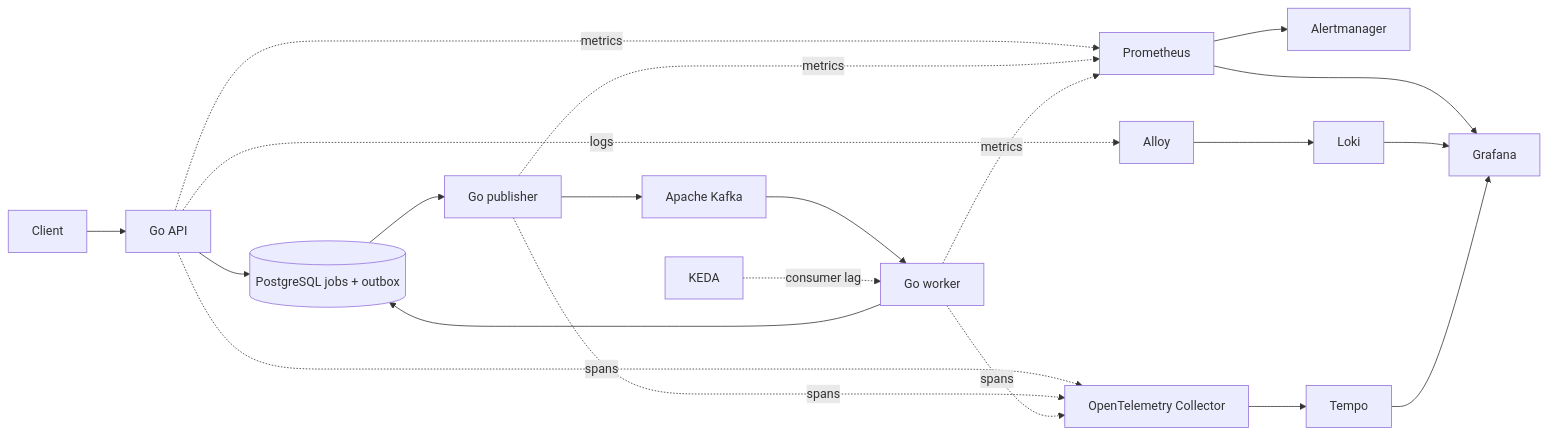
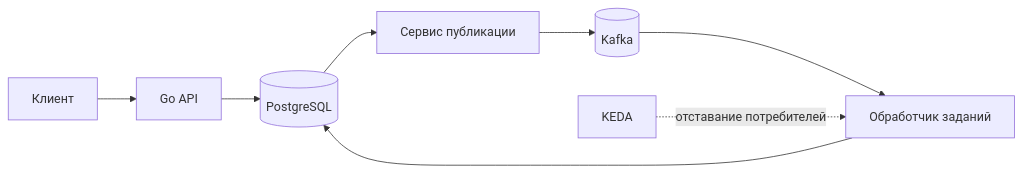
One commit to Spudifull/kubernetes-application-lab changed the diagram in README.md. Above: the diagram before and after it, drawn with Mermaid. The commit also changed other lines of this file and 6 other files, not shown here.

````diff
--- a/README.md
+++ b/README.md
@@ -11,23 +9,10 @@
 ```mermaid
 flowchart LR
-  Client --> API[Go API]
-  API --> DB[(PostgreSQL jobs + outbox)]
-  DB --> Publisher[Go publisher]
-  Publisher --> Kafka[Apache Kafka]
-  Kafka --> Worker[Go worker]
+  Client[Клиент] --> API[Go API]
+  API --> DB[(PostgreSQL)]
+  DB --> Outbox[Сервис публикации]
+  Outbox --> Kafka[(Kafka)]
+  Kafka --> Worker[Обработчик заданий]
   Worker --> DB
-  KEDA -. consumer lag .-> Worker
-  API -. metrics .-> Prometheus
-  Publisher -. metrics .-> Prometheus
-  Worker -. metrics .-> Prometheus
-  Prometheus --> Grafana
-  Prometheus --> Alertmanager
-  API -. logs .-> Alloy
-  Alloy --> Loki
-  API -. spans .-> Collector[OpenTelemetry Collector]
-  Publisher -. spans .-> Collector
-  Worker -. spans .-> Collector
-  Collector --> Tempo
-  Loki --> Grafana
-  Tempo --> Grafana
+  KEDA -. отставание потребителей .-> Worker
 ```
````
